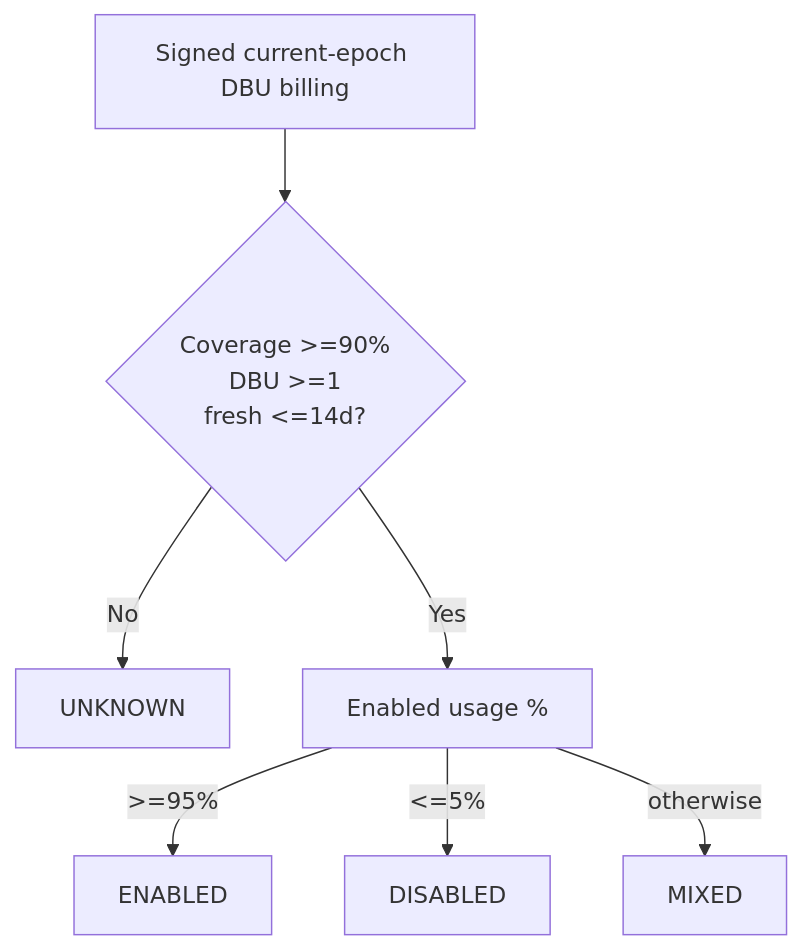
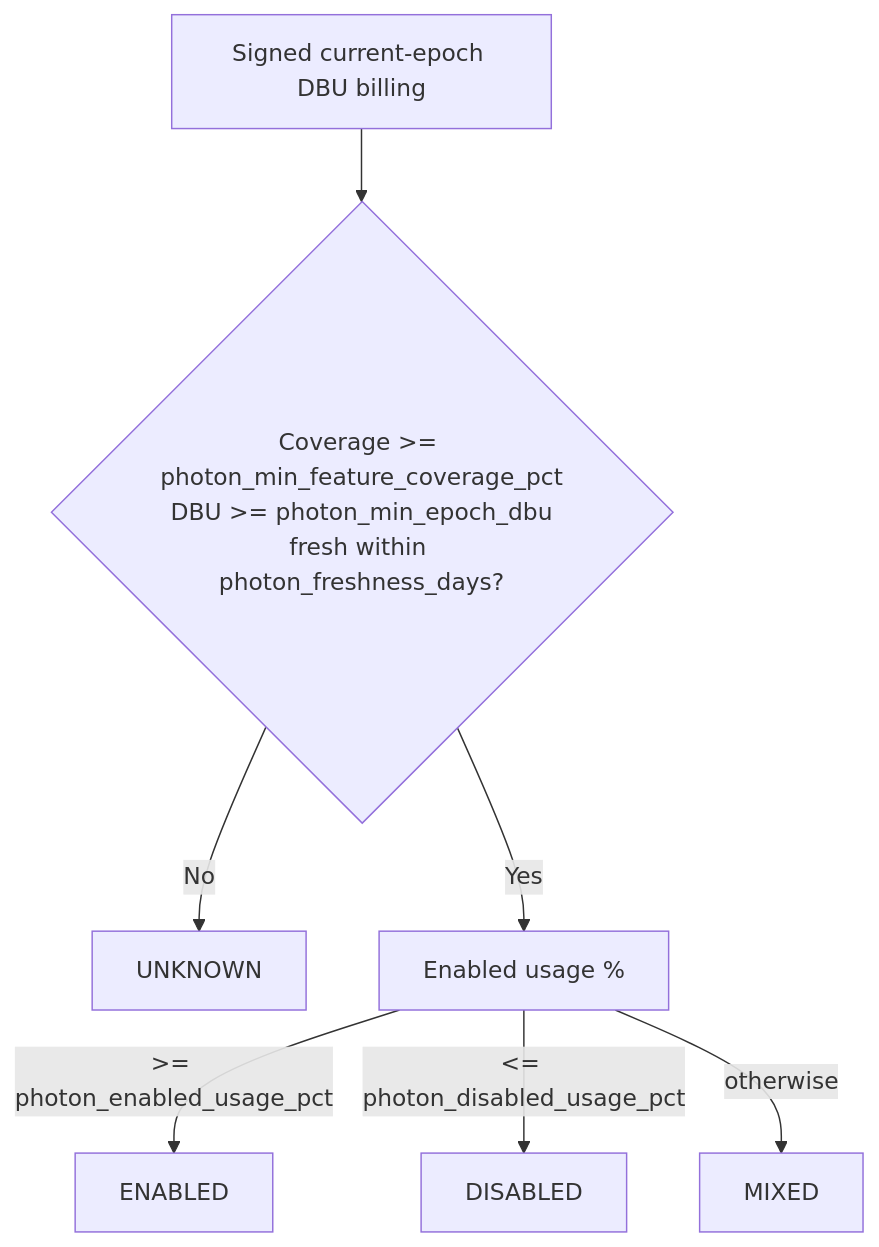
Before and after one commit to thiaga-gk/expert-funicular: the ninth of 19 diagrams in docs/architecture/lld.md, drawn with Mermaid. The commit also changed other lines of this file and 8 other files, not shown here.

````diff
--- a/docs/architecture/lld.md
+++ b/docs/architecture/lld.md
@@ -606,9 +573,9 @@
 ```mermaid
 flowchart TD
-    B[Signed current-epoch DBU billing] --> C{Coverage >=90%<br/>DBU >=1<br/>fresh <=14d?}
+    B[Signed current-epoch DBU billing] --> C{Coverage >= photon_min_feature_coverage_pct<br/>DBU >= photon_min_epoch_dbu<br/>fresh within photon_freshness_days?}
     C -->|No| U[UNKNOWN]
     C -->|Yes| P[Enabled usage %]
-    P -->|>=95%| E[ENABLED]
-    P -->|<=5%| D[DISABLED]
+    P -->|>= photon_enabled_usage_pct| E[ENABLED]
+    P -->|<= photon_disabled_usage_pct| D[DISABLED]
     P -->|otherwise| M[MIXED]
 ```
````
